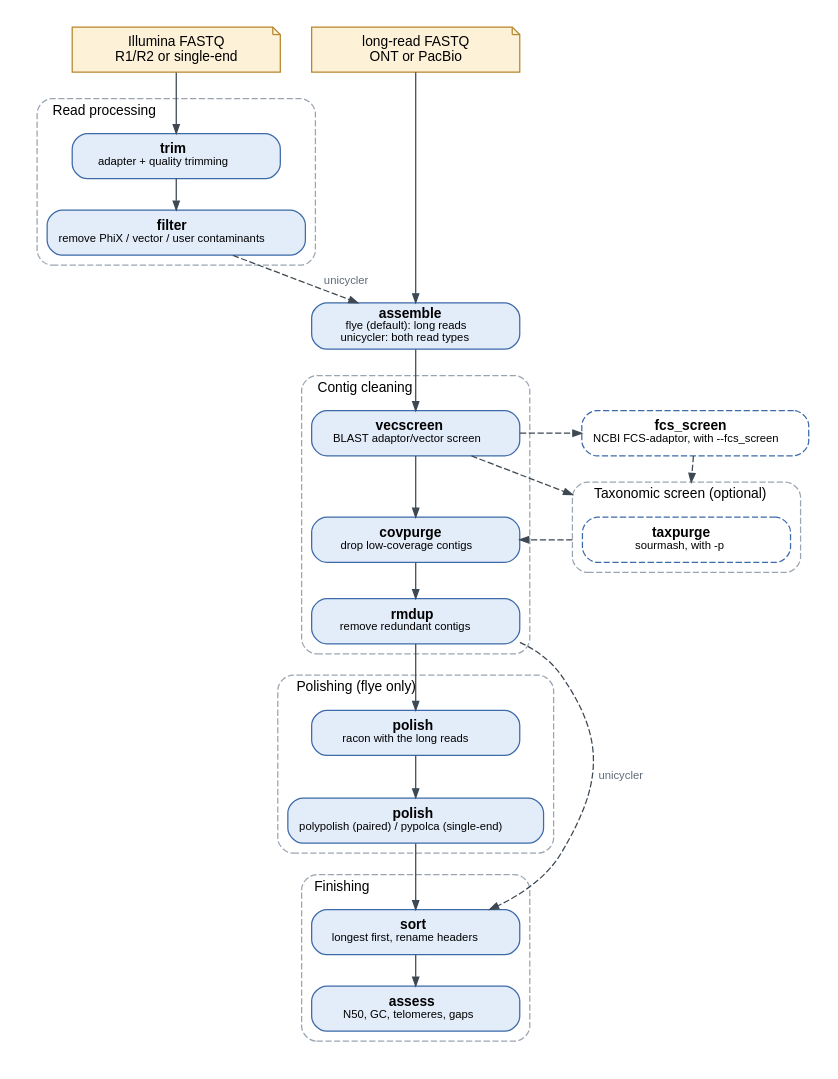
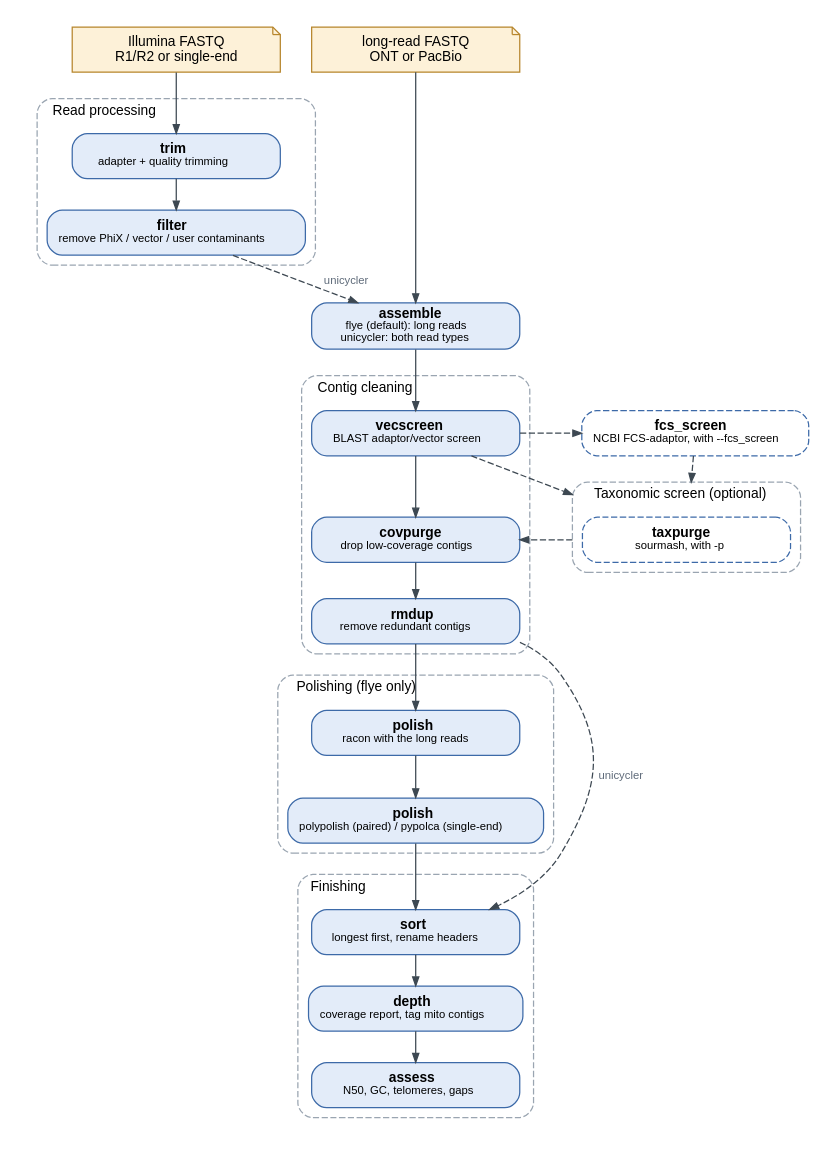
The third of 3 diagrams in docs/workflow.rst (stajichlab/AAFTF), drawn with Graphviz before and after one commit. The commit also changed other lines of this file and 8 other files, not shown here.

```diff
--- a/docs/workflow.rst
+++ b/docs/workflow.rst
@@ -285,45 +286,46 @@
 .. graphviz::
    :align: center
 
    digraph pipeline_hybrid {
        graph [compound=true, bgcolor="white", pad="0.2", fontname="Helvetica", fontsize=11, nodesep=0.35, ranksep=0.32, newrank=true, labeljust=l, color="#9aa5b1", style="rounded,dashed"]
        node [shape=box, style="rounded,filled", fillcolor="#e3ecf9", color="#3d6aa8", fontname="Helvetica", fontsize=11, width=2.3, height=0.5, margin="0.12,0.05"]
        edge [color="#3d4852", arrowsize=0.7, fontname="Helvetica", fontsize=9, fontcolor="#5f6b7a"]
        illumina [label="Illumina FASTQ\nR1/R2 or single-end", shape=note, fillcolor="#fdf1d8", color="#b7862d"]
        longreads [label="long-read FASTQ\nONT or PacBio", shape=note, fillcolor="#fdf1d8", color="#b7862d"]
        subgraph cluster_reads { label="Read processing"
            trim [label=<<b>trim</b><br/><font point-size="9">adapter + quality trimming</font>>]
            filter [label=<<b>filter</b><br/><font point-size="9">remove PhiX / vector / user contaminants</font>>]
        }
        assemble [label=<<b>assemble</b><br/><font point-size="9">flye (default): long reads<br/>unicycler: both read types</font>>]
        subgraph cluster_clean { label="Contig cleaning"
            vecscreen [label=<<b>vecscreen</b><br/><font point-size="9">BLAST adaptor/vector screen</font>>]
            covpurge [label=<<b>covpurge</b><br/><font point-size="9">drop low-coverage contigs</font>>]
            rmdup [label=<<b>rmdup</b><br/><font point-size="9">remove redundant contigs</font>>]
        }
        subgraph cluster_taxonomy { label="Taxonomic screen (optional)"
            taxpurge [label=<<b>taxpurge</b><br/><font point-size="9">sourmash, with -p</font>>, style="rounded,dashed", fillcolor=white]
        }
        fcs_screen [label=<<b>fcs_screen</b><br/><font point-size="9">NCBI FCS-adaptor, with --fcs_screen</font>>, style="rounded,dashed", fillcolor=white]
        subgraph cluster_polish { label="Polishing (flye only)"
            racon [label=<<b>polish</b><br/><font point-size="9">racon with the long reads</font>>]
            short [label=<<b>polish</b><br/><font point-size="9">polypolish (paired) / pypolca (single-end)</font>>]
        }
        subgraph cluster_finish { label="Finishing"
            sort [label=<<b>sort</b><br/><font point-size="9">longest first, rename headers</font>>]
+           depth [label=<<b>depth</b><br/><font point-size="9">coverage report, tag mito contigs</font>>]
            assess [label=<<b>assess</b><br/><font point-size="9">N50, GC, telomeres, gaps</font>>]
        }
 
        illumina -> trim -> filter [weight=10]
        longreads -> assemble [weight=10]
        filter -> assemble [style=dashed, label=" unicycler"]
-       assemble -> vecscreen -> covpurge -> rmdup -> racon -> short -> sort -> assess [weight=10]
+       assemble -> vecscreen -> covpurge -> rmdup -> racon -> short -> sort -> depth -> assess [weight=10]
        vecscreen -> fcs_screen [style=dashed]
        {rank=same; vecscreen; fcs_screen}
        vecscreen -> taxpurge [style=dashed, lhead=cluster_taxonomy]
        fcs_screen -> taxpurge [style=dashed, lhead=cluster_taxonomy, constraint=false]
        taxpurge -> covpurge [style=dashed, ltail=cluster_taxonomy]
        rmdup -> sort [style=dashed, label=" unicycler", constraint=false]
        {rank=same; illumina; longreads}
        {rank=same; covpurge; taxpurge}
    }
```
